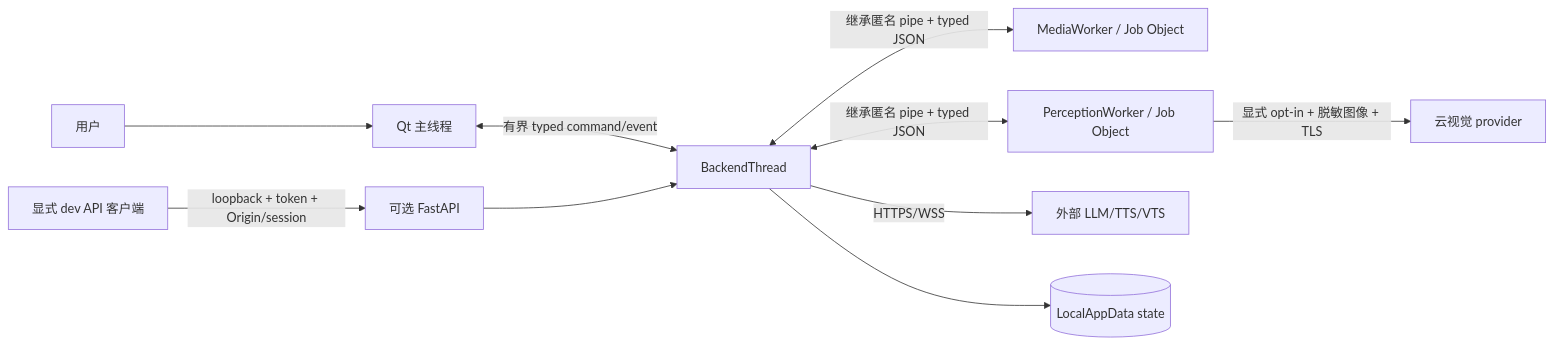
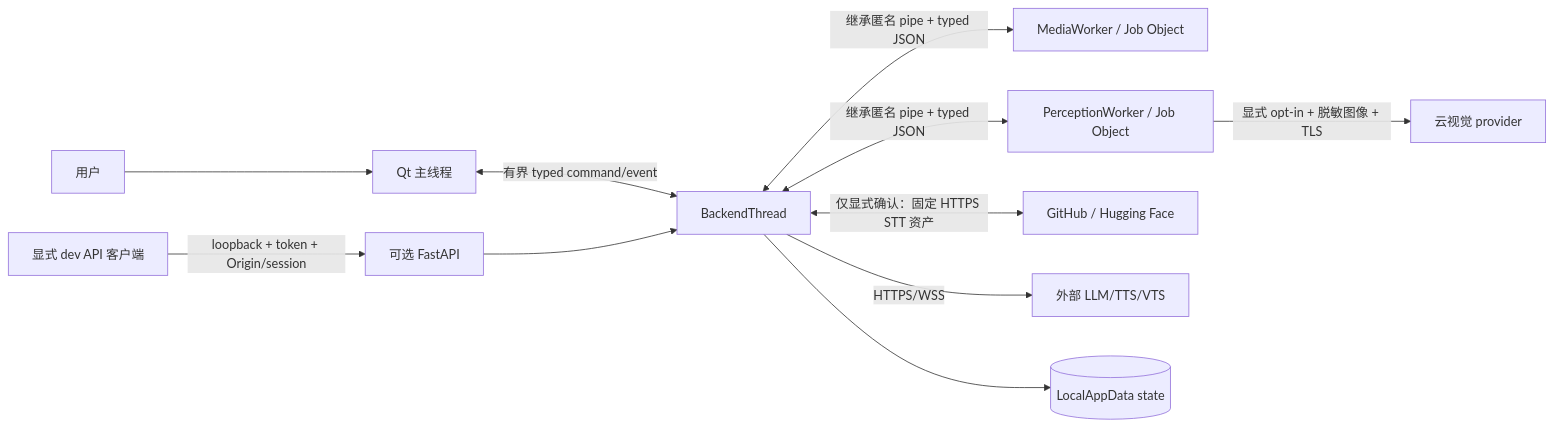
One commit to mizusawa-matsuri937/megumin_companion_ai changed the first of 2 diagrams in docs/architecture/windows_data_flow_inventory.md. Above: the diagram before and after it, drawn with Mermaid. The commit also changed other lines of this file and 33 other files, not shown here.

````diff
--- a/docs/architecture/windows_data_flow_inventory.md
+++ b/docs/architecture/windows_data_flow_inventory.md
@@ -9,12 +11,13 @@
 ```mermaid
 flowchart LR
     U["用户"] --> Q["Qt 主线程"]
     Q <-->|"有界 typed command/event"| B["BackendThread"]
     D["显式 dev API 客户端"] -->|"loopback + token + Origin/session"| A["可选 FastAPI"]
     A --> B
     B <-->|"继承匿名 pipe + typed JSON"| M["MediaWorker / Job Object"]
     B <-->|"继承匿名 pipe + typed JSON"| P["PerceptionWorker / Job Object"]
+    B <-->|"仅显式确认：固定 HTTPS STT 资产"| R["GitHub / Hugging Face"]
     B -->|"HTTPS/WSS"| E["外部 LLM/TTS/VTS"]
     P -->|"显式 opt-in + 脱敏图像 + TLS"| C["云视觉 provider"]
     B --> S[("LocalAppData state")]
 ```
````
